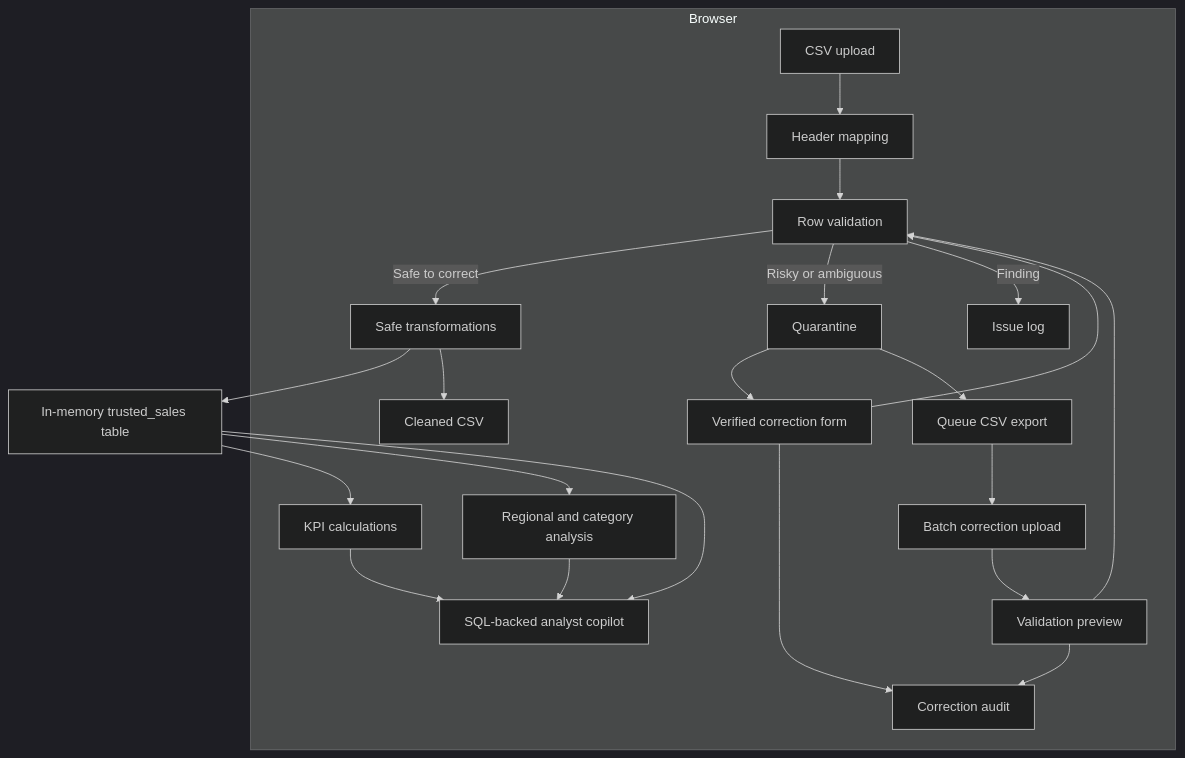
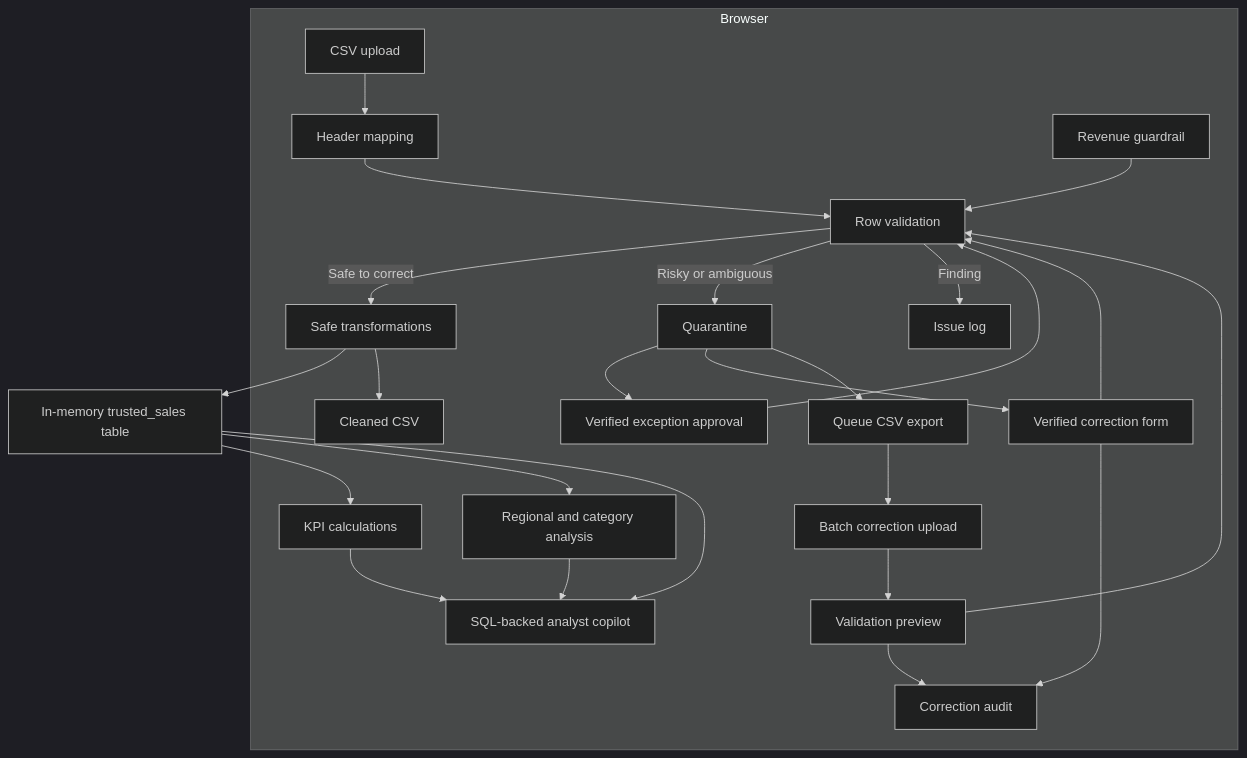
The diagram in docs/PROJECT_REPORT.md (krishnamvwala/pulseops-forward-deployed-analytics), drawn with Mermaid (dark theme) before and after one commit. The commit also changed other lines of this file and 6 other files, not shown here.

````diff
--- a/docs/PROJECT_REPORT.md
+++ b/docs/PROJECT_REPORT.md
@@ -46,36 +48,40 @@
 ```mermaid
 flowchart TB
     subgraph Browser
         A[CSV upload]
         B[Header mapping]
         C[Row validation]
         D[Safe transformations]
         I[Quarantine]
         L[Verified correction form]
         M[Correction audit]
         N[Queue CSV export]
         O[Batch correction upload]
         P[Validation preview]
         J[Cleaned CSV]
         E[KPI calculations]
         F[Regional and category analysis]
         G[SQL-backed analyst copilot]
         H[Issue log]
+        Q[Revenue guardrail]
+        R[Verified exception approval]
     end
 
     A --> B --> C
     C -->|Safe to correct| D
     C -->|Risky or ambiguous| I
+    Q --> C
+    I --> R --> C
     I --> L --> C
     L --> M
     I --> N --> O --> P --> C
     P --> M
     C -->|Finding| H
     D --> K[In-memory trusted_sales table]
     K --> E
     K --> F
     K --> G
     D --> J
     E --> G
     F --> G
 ```
````
